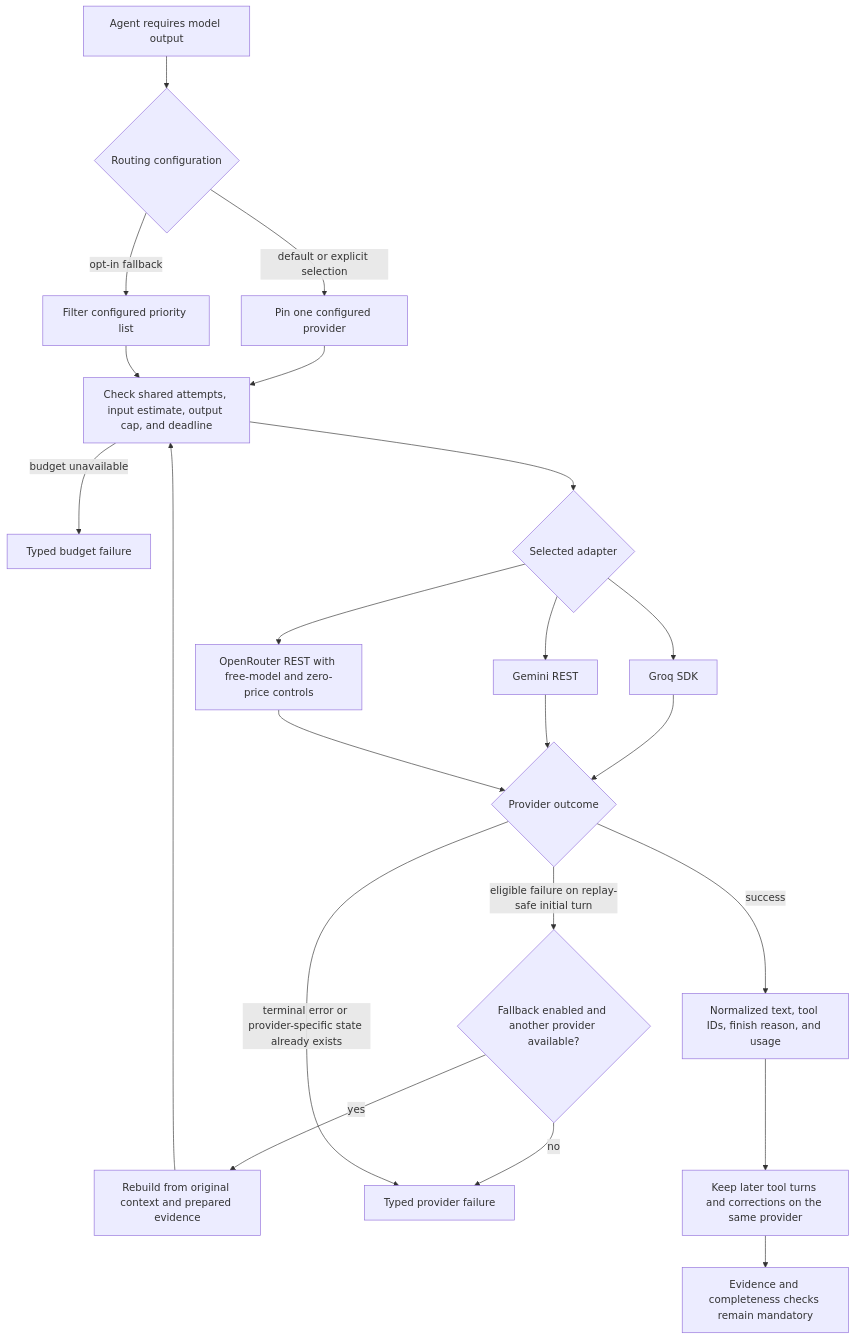
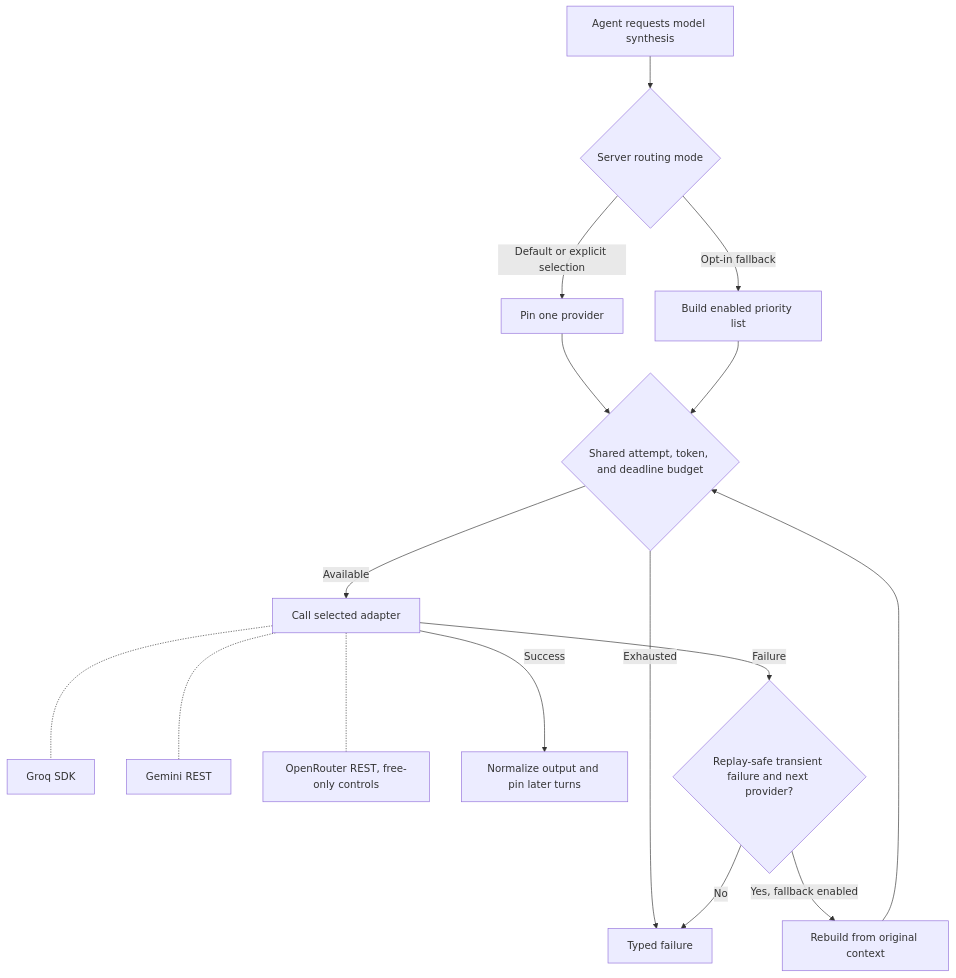
One commit to TaruneshM/Sky-Reader changed the third of 5 diagrams in README.md. Above: the diagram before and after it, drawn with Mermaid. The commit also changed other lines of this file, not shown here.

````diff
--- a/README.md
+++ b/README.md
@@ -116,24 +102,18 @@
 ```mermaid
-flowchart TD
-    A["Agent requires model output"] --> B{"Routing configuration"}
-    B -->|"default or explicit selection"| C["Pin one configured provider"]
-    B -->|"opt-in fallback"| D["Filter configured priority list"]
-    C --> E["Check shared attempts, input estimate, output cap, and deadline"]
-    D --> E
-    E -->|"budget unavailable"| F["Typed budget failure"]
-    E --> G{"Selected adapter"}
-    G --> H["Groq SDK"]
-    G --> I["Gemini REST"]
-    G --> J["OpenRouter REST with free-model and zero-price controls"]
-    H --> K{"Provider outcome"}
-    I --> K
-    J --> K
-    K -->|"success"| L["Normalized text, tool IDs, finish reason, and usage"]
-    K -->|"eligible failure on replay-safe initial turn"| M{"Fallback enabled and another provider available?"}
-    M -->|"yes"| D2["Rebuild from original context and prepared evidence"]
-    D2 --> E
-    M -->|"no"| N["Typed provider failure"]
-    K -->|"terminal error or provider-specific state already exists"| N
-    L --> O["Keep later tool turns and corrections on the same provider"]
-    O --> P["Evidence and completeness checks remain mandatory"]
+flowchart TB
+    A["Agent requests model synthesis"] --> R{"Server routing mode"}
+    R -->|"Default or explicit selection"| P["Pin one provider"]
+    R -->|"Opt-in fallback"| O["Build enabled priority list"]
+    P --> B{"Shared attempt, token, and deadline budget"}
+    O --> B
+    B -->|"Exhausted"| E["Typed failure"]
+    B -->|"Available"| D["Call selected adapter"]
+    D -.- G["Groq SDK"]
+    D -.- M["Gemini REST"]
+    D -.- Z["OpenRouter REST, free-only controls"]
+    D -->|"Success"| S["Normalize output and pin later turns"]
+    D -->|"Failure"| F{"Replay-safe transient failure and next provider?"}
+    F -->|"Yes, fallback enabled"| N["Rebuild from original context"]
+    N --> B
+    F -->|"No"| E
 ```
````
